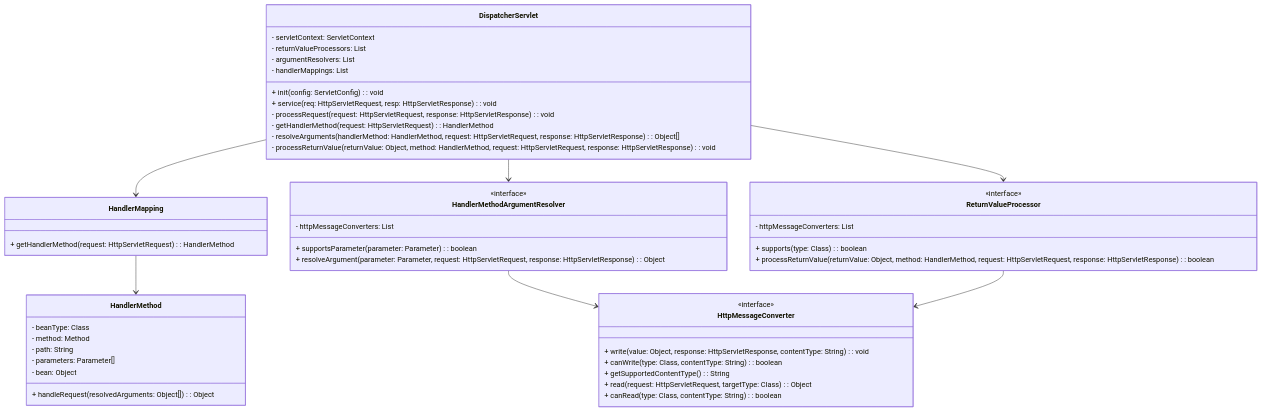
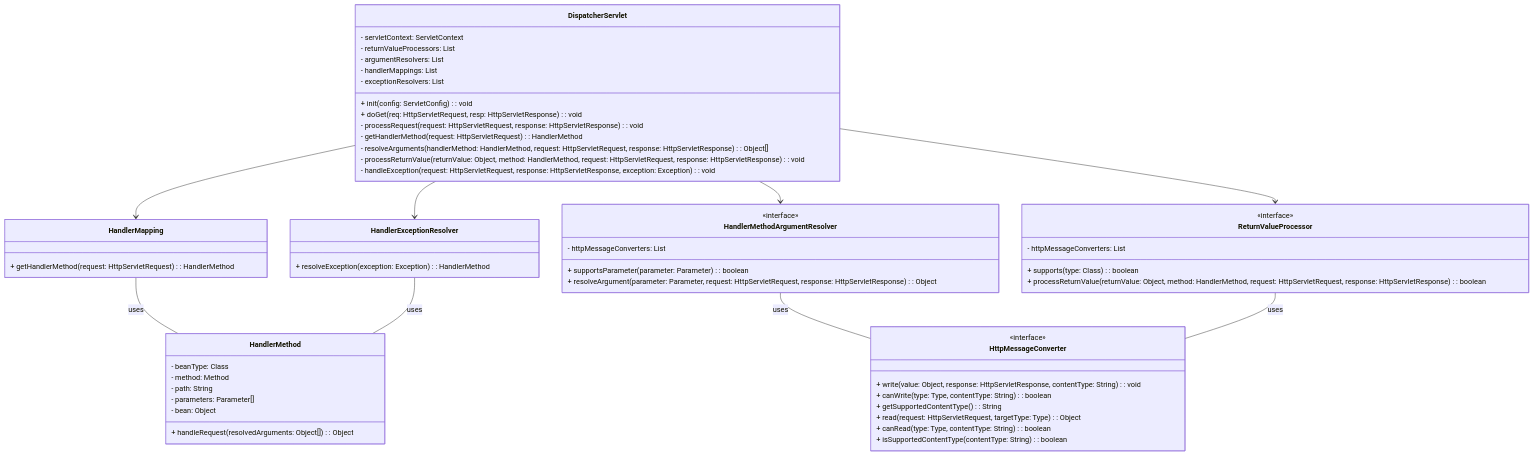
One commit to hoverla-team-2023/HoverlaBring changed the first of 2 diagrams in BringWeb/diagrams.md. Above: the diagram before and after it, drawn with Mermaid. The commit also changed other lines of this file and 1 other file, not shown here.

Commit message:
[BRING-55] - update diagrams (#41)
* [BRING-55] - update diagrams

* [BRING-55] - fix

````diff
--- a/BringWeb/diagrams.md
+++ b/BringWeb/diagrams.md
@@ -3,59 +3,68 @@
 ```mermaid
 classDiagram
     class HandlerMethodArgumentResolver {
         + supportsParameter(parameter: Parameter): boolean
         + resolveArgument(parameter: Parameter, request: HttpServletRequest, response: HttpServletResponse): Object
         - httpMessageConverters: List<HttpMessageConverter>
     }
     <<interface>> HandlerMethodArgumentResolver
 
     class HttpMessageConverter {
         + write(value: Object, response: HttpServletResponse, contentType: String): void
-        + canWrite(type: Class<?>, contentType: String): boolean
+        + canWrite(type: Type, contentType: String): boolean
         + getSupportedContentType(): String
-        + read(request: HttpServletRequest, targetType: Class<?>): Object
-        + canRead(type: Class<?>, contentType: String): boolean
+        + read(request: HttpServletRequest, targetType: Type): Object
+        + canRead(type: Type, contentType: String): boolean
+        + isSupportedContentType(contentType: String): boolean
     }
     <<interface>> HttpMessageConverter
 
     class ReturnValueProcessor {
         + supports(type: Class<?>): boolean
         + processReturnValue(returnValue: Object, method: HandlerMethod, request: HttpServletRequest, response: HttpServletResponse): boolean
         - httpMessageConverters: List<HttpMessageConverter>
     }
     <<interface>> ReturnValueProcessor
 
     class HandlerMethod {
         - beanType: Class<?>
         - method: Method
         - path: String
         - parameters: Parameter[]
         - bean: Object
         + handleRequest(resolvedArguments: Object[]): Object
     }
 
     class HandlerMapping {
         + getHandlerMethod(request: HttpServletRequest): HandlerMethod
     }
 
+    class HandlerExceptionResolver {
+        + resolveException(exception: Exception): HandlerMethod
+    }
+
     class DispatcherServlet {
         - servletContext: ServletContext
         - returnValueProcessors: List<ReturnValueProcessor>
         - argumentResolvers: List<HandlerMethodArgumentResolver>
         - handlerMappings: List<HandlerMapping>
+        - exceptionResolvers: List<HandlerMapping>
         + init(config: ServletConfig): void
-        + service(req: HttpServletRequest, resp: HttpServletResponse): void
+        + doGet(req: HttpServletRequest, resp: HttpServletResponse): void
         - processRequest(request: HttpServletRequest, response: HttpServletResponse): void
         - getHandlerMethod(request: HttpServletRequest): HandlerMethod
         - resolveArguments(handlerMethod: HandlerMethod, request: HttpServletRequest, response: HttpServletResponse): Object[]
         - processReturnValue(returnValue: Object, method: HandlerMethod, request: HttpServletRequest, response: HttpServletResponse): void
+        - handleException(request: HttpServletRequest, response: HttpServletResponse, exception: Exception): void
     }
 
     DispatcherServlet --> HandlerMapping
-    HandlerMapping --> HandlerMethod
+    HandlerMapping -- HandlerMethod: uses
+    HandlerExceptionResolver -- HandlerMethod: uses
+    DispatcherServlet --> HandlerExceptionResolver
     DispatcherServlet --> HandlerMethodArgumentResolver
     DispatcherServlet --> ReturnValueProcessor
-    HandlerMethodArgumentResolver --> HttpMessageConverter
-    ReturnValueProcessor --> HttpMessageConverter
+    HandlerMethodArgumentResolver -- HttpMessageConverter: uses
+    ReturnValueProcessor -- HttpMessageConverter: uses
 
 ```
````
